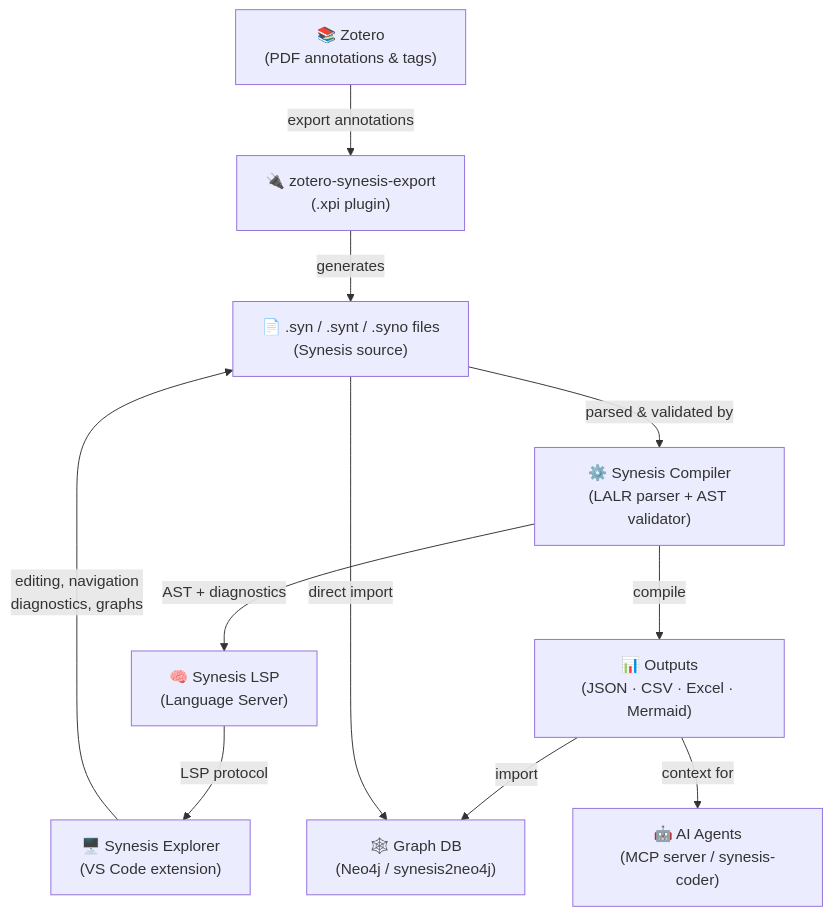
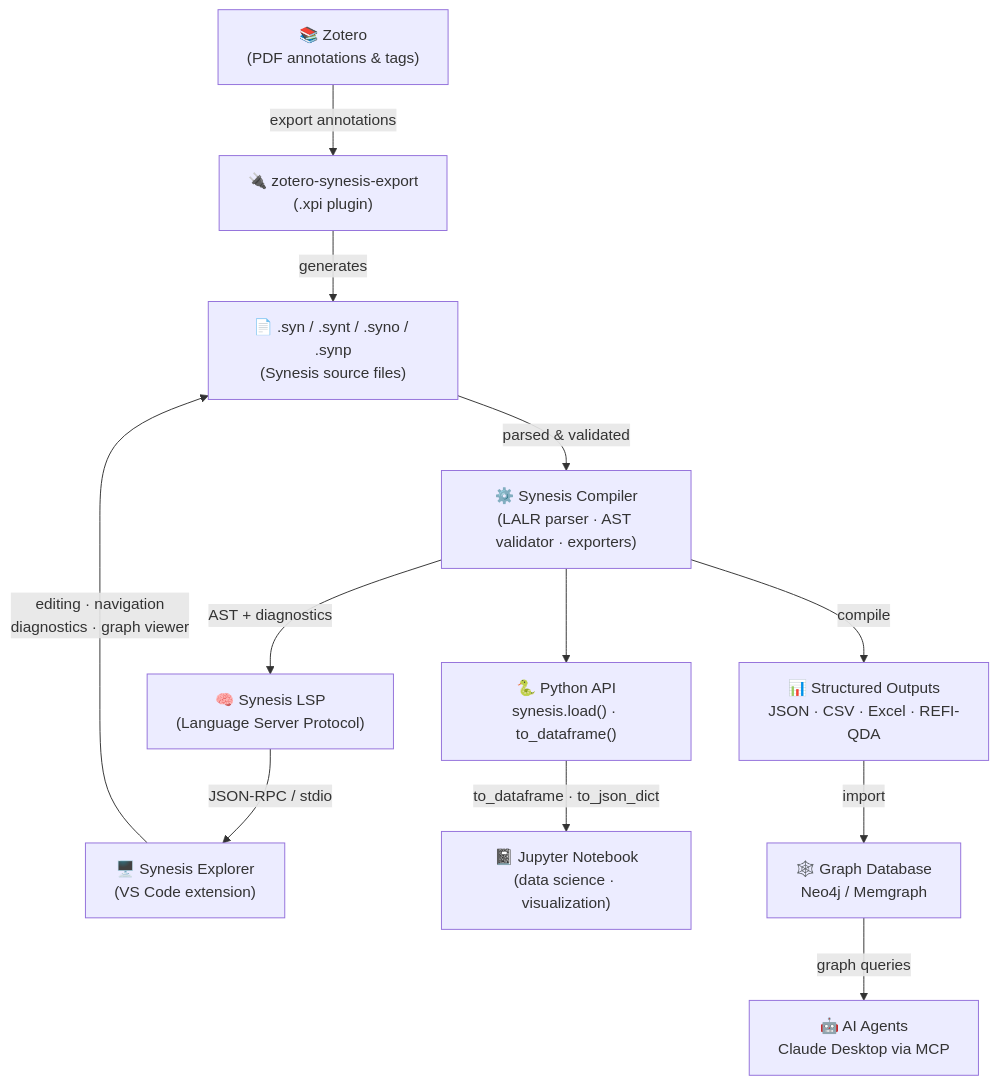
One commit to synesis-lang/synesis changed the first of 2 diagrams in README.md. Above: the diagram before and after it, drawn with Mermaid. The commit also changed other lines of this file, not shown here.

````diff
--- a/README.md
+++ b/README.md
@@ -22,23 +24,26 @@
 ```mermaid
 graph TD
     Z["📚 Zotero\n(PDF annotations & tags)"]
     ZP["🔌 zotero-synesis-export\n(.xpi plugin)"]
-    SYN["📄 .syn / .synt / .syno files\n(Synesis source)"]
-    C["⚙️ Synesis Compiler\n(LALR parser + AST validator)"]
-    LSP["🧠 Synesis LSP\n(Language Server)"]
+    SYN["📄 .syn / .synt / .syno / .synp\n(Synesis source files)"]
+    C["⚙️ Synesis Compiler\n(LALR parser · AST validator · exporters)"]
+    API["🐍 Python API\nsynesis.load() · to_dataframe()"]
+    LSP["🧠 Synesis LSP\n(Language Server Protocol)"]
     EXT["🖥️ Synesis Explorer\n(VS Code extension)"]
-    OUT["📊 Outputs\n(JSON · CSV · Excel · Mermaid)"]
-    NEO["🕸️ Graph DB\n(Neo4j / synesis2neo4j)"]
-    AI["🤖 AI Agents\n(MCP server / synesis-coder)"]
+    JP["📓 Jupyter Notebook\n(data science · visualization)"]
+    OUT["📊 Structured Outputs\nJSON · CSV · Excel · REFI-QDA"]
+    NEO["🕸️ Graph Database\nNeo4j / Memgraph"]
+    MCP["🤖 AI Agents\nClaude Desktop via MCP"]
 
     Z -->|export annotations| ZP
     ZP -->|generates| SYN
-    SYN -->|parsed & validated by| C
+    SYN -->|parsed & validated| C
+    C --> API
     C -->|AST + diagnostics| LSP
-    LSP -->|LSP protocol| EXT
-    EXT -->|editing, navigation\ndiagnostics, graphs| SYN
+    LSP -->|JSON-RPC / stdio| EXT
+    EXT -->|editing · navigation\ndiagnostics · graph viewer| SYN
+    API -->|to_dataframe · to_json_dict| JP
     C -->|compile| OUT
     OUT -->|import| NEO
-    OUT -->|context for| AI
-    SYN -->|direct import| NEO
+    NEO -->|graph queries| MCP
 ```
````
